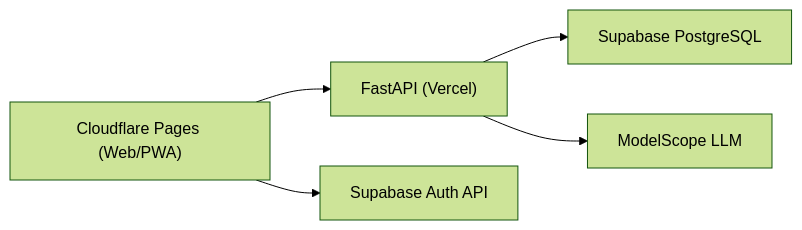
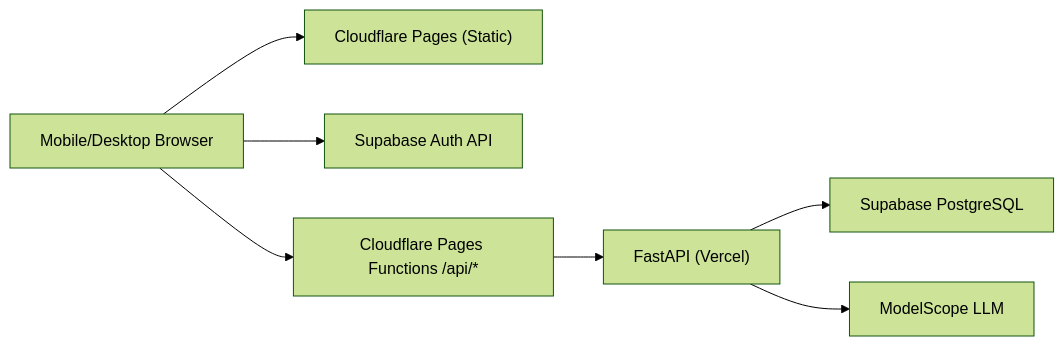
One commit to Leon-Algo/Nonviolent-Communicator changed the diagram in docs/TECHNICAL_SOLUTION.md. Above: the diagram before and after it, drawn with Mermaid (forest theme). The commit also changed other lines of this file and 6 other files, not shown here.

````diff
--- a/docs/TECHNICAL_SOLUTION.md
+++ b/docs/TECHNICAL_SOLUTION.md
@@ -93,7 +31,9 @@
 ```mermaid
 flowchart LR
-  U["Cloudflare Pages (Web/PWA)"] --> API["FastAPI (Vercel)"]
+  U["Mobile/Desktop Browser"] --> CF["Cloudflare Pages (Static)"]
   U --> SA["Supabase Auth API"]
+  U --> CFAPI["Cloudflare Pages Functions /api/*"]
+  CFAPI --> API["FastAPI (Vercel)"]
   API --> DB["Supabase PostgreSQL"]
   API --> LLM["ModelScope LLM"]
 ```
````
